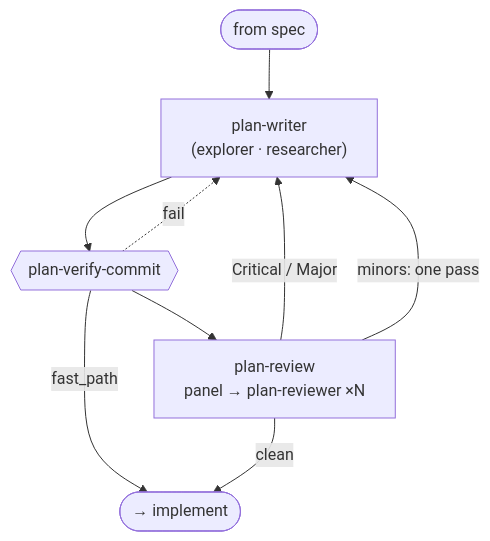
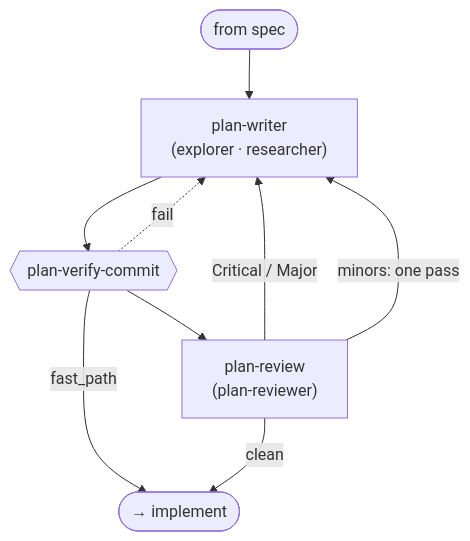
One commit to jpoimboe/imp changed the ninth of 12 diagrams in docs/architecture.md. Above: the diagram before and after it, drawn with Mermaid. The commit also changed other lines of this file, not shown here.

First line of the commit message:
docs: describe plan-review as a single direct plan-reviewer

````diff
--- a/docs/architecture.md
+++ b/docs/architecture.md
@@ -169,11 +169,11 @@
 ```mermaid
 flowchart TD
   in([from spec]) --> PW["plan-writer<br/>(explorer · researcher)"]
   PW --> PVC{{"plan-verify-commit"}}
   PVC -. fail .-> PW
   PVC -->|fast_path| out([→ implement])
-  PVC --> PR["plan-review<br/>panel → plan-reviewer ×N"]
+  PVC --> PR["plan-review<br/>(plan-reviewer)"]
   PR -->|"Critical / Major"| PW
   PR -->|"minors: one pass"| PW
   PR -->|clean| out
 ```
````
